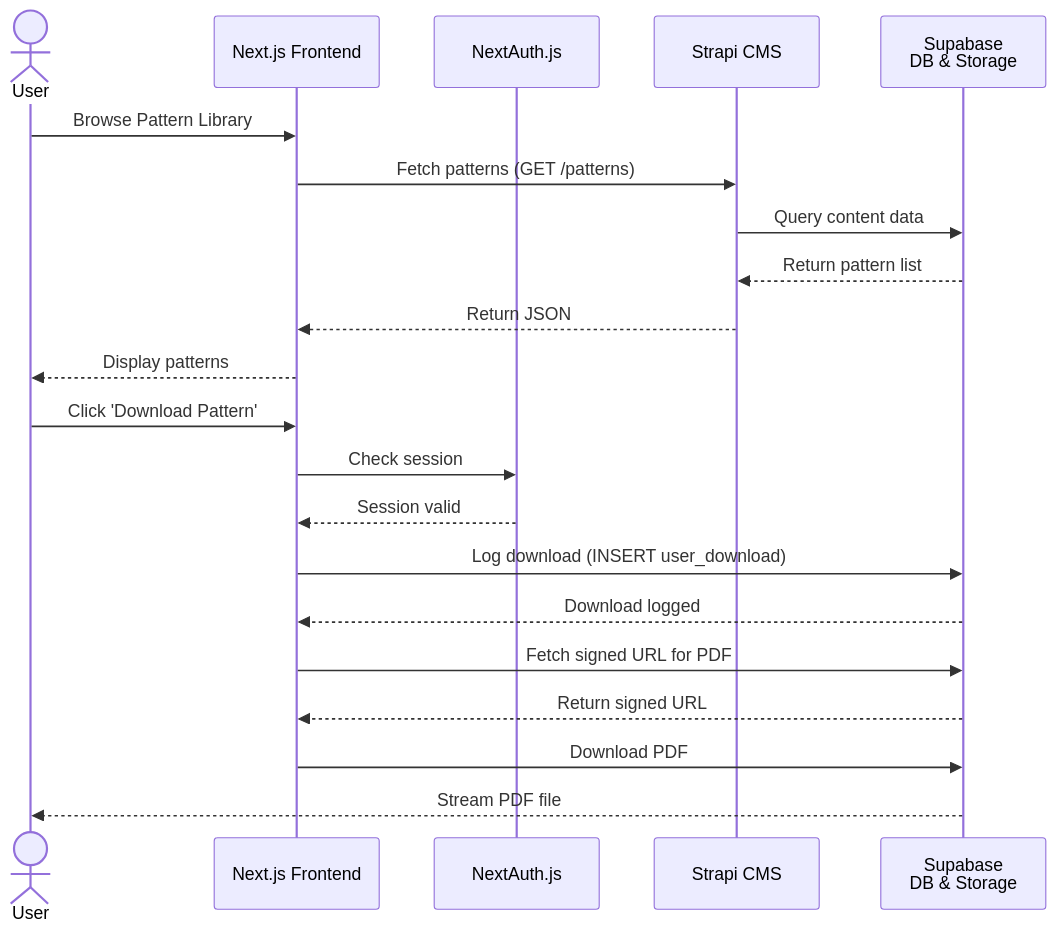
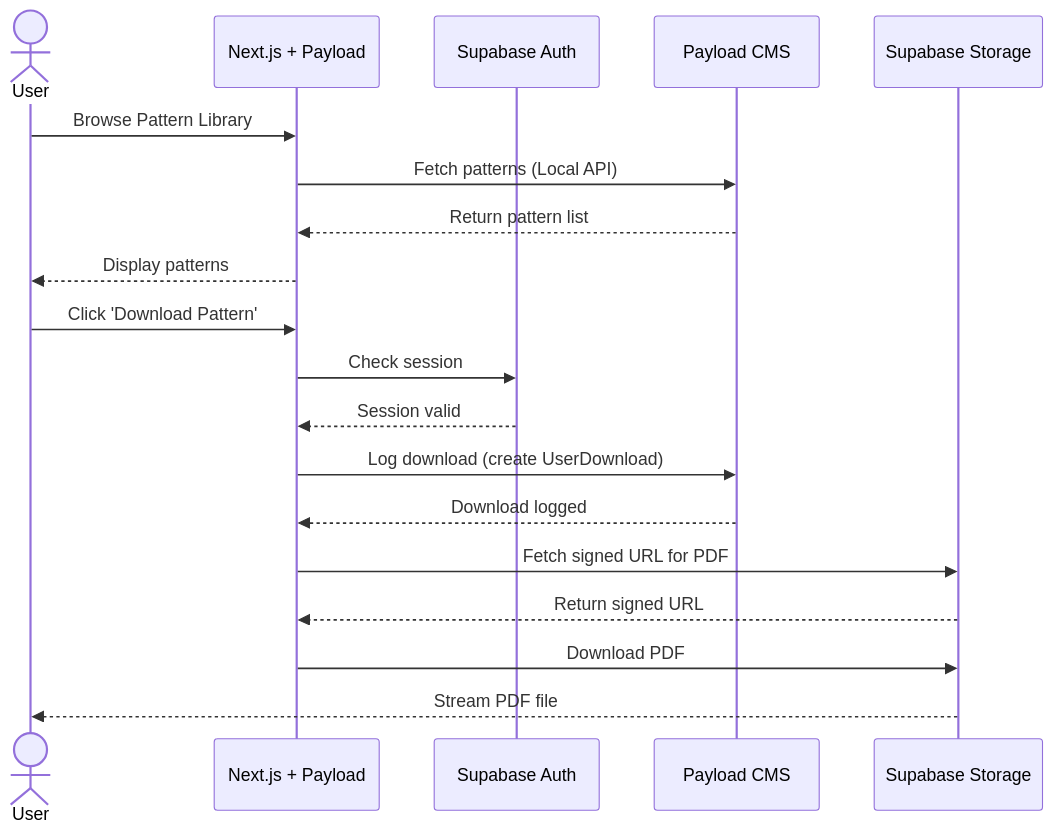
The second of 3 diagrams in .spec/ARCHITECTURE.md (nureaknit-source/nureaknit), drawn with Mermaid before and after one commit. The commit also changed other lines of this file and 55 other files, not shown here.

````diff
--- a/.spec/ARCHITECTURE.md
+++ b/.spec/ARCHITECTURE.md
@@ -99,26 +101,24 @@
 ```mermaid
 sequenceDiagram
     actor User
-    participant Frontend as Next.js Frontend
-    participant Auth as NextAuth.js
-    participant Strapi as Strapi CMS
-    participant Supabase as Supabase<br/>DB & Storage
-    
+    participant Frontend as Next.js + Payload
+    participant Auth as Supabase Auth
+    participant Payload as Payload CMS
+    participant Storage as Supabase Storage
+
     User->>Frontend: Browse Pattern Library
-    Frontend->>Strapi: Fetch patterns (GET /patterns)
-    Strapi->>Supabase: Query content data
-    Supabase-->>Strapi: Return pattern list
-    Strapi-->>Frontend: Return JSON
+    Frontend->>Payload: Fetch patterns (Local API)
+    Payload-->>Frontend: Return pattern list
     Frontend-->>User: Display patterns
-    
+
     User->>Frontend: Click 'Download Pattern'
     Frontend->>Auth: Check session
     Auth-->>Frontend: Session valid
-    
-    Frontend->>Supabase: Log download (INSERT user_download)
-    Supabase-->>Frontend: Download logged
-    Frontend->>Supabase: Fetch signed URL for PDF
-    Supabase-->>Frontend: Return signed URL
-    Frontend->>Supabase: Download PDF
-    Supabase-->>User: Stream PDF file
+
+    Frontend->>Payload: Log download (create UserDownload)
+    Payload-->>Frontend: Download logged
+    Frontend->>Storage: Fetch signed URL for PDF
+    Storage-->>Frontend: Return signed URL
+    Frontend->>Storage: Download PDF
+    Storage-->>User: Stream PDF file
 ```
````
